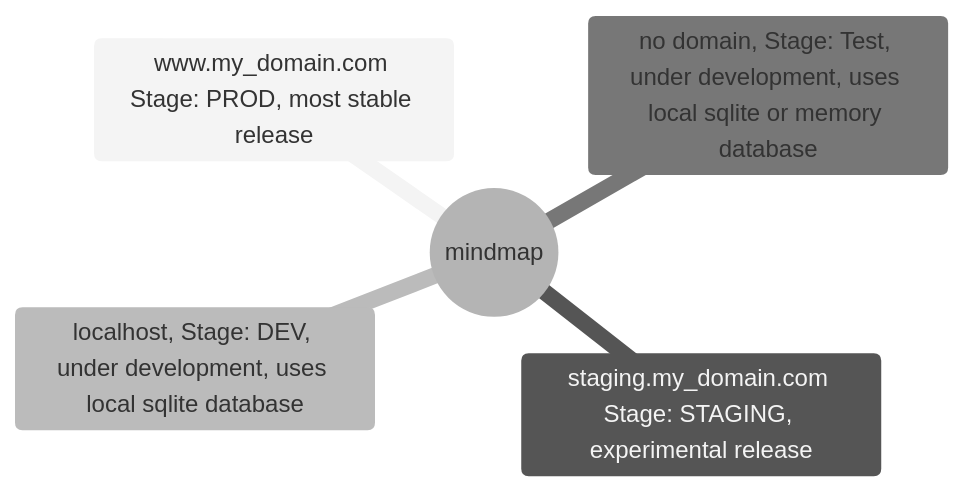
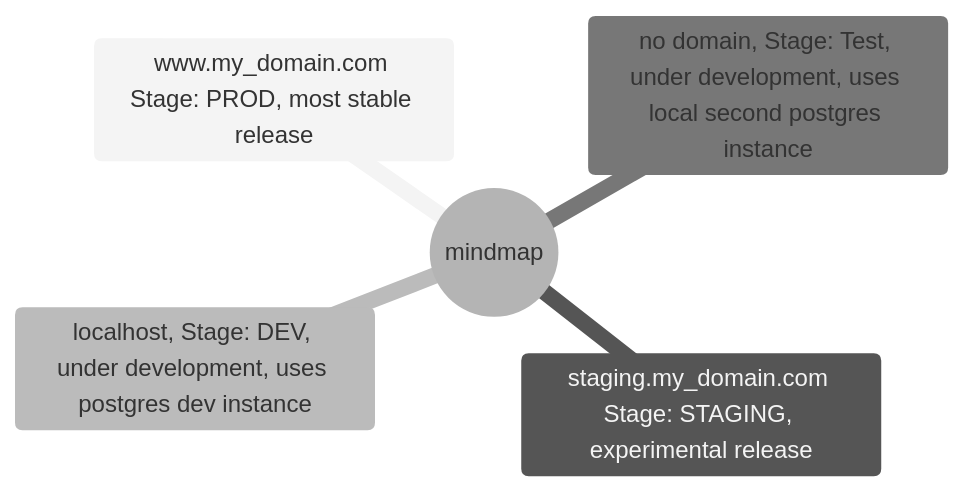
The diagram in fastapi_server/README.md (BurnySc2/monorepo), drawn with Mermaid (neutral theme) before and after one commit. The commit also changed 3 other files, not shown here.

````diff
--- a/fastapi_server/README.md
+++ b/fastapi_server/README.md
@@ -36,11 +36,11 @@
 ```mermaid
 ---
 title: "Stages: local_dev, dev, staging, prod, test"
 ---
 mindmap
   root((mindmap))
     www.my_domain.com Stage: PROD, most stable release
     staging.my_domain.com Stage: STAGING, experimental release
-    localhost, Stage: DEV, under development, uses local sqlite database
-    no domain, Stage: Test, under development, uses local sqlite or memory database
+    localhost, Stage: DEV, under development, uses postgres dev instance
+    no domain, Stage: Test, under development, uses local second postgres instance
 ```
````
